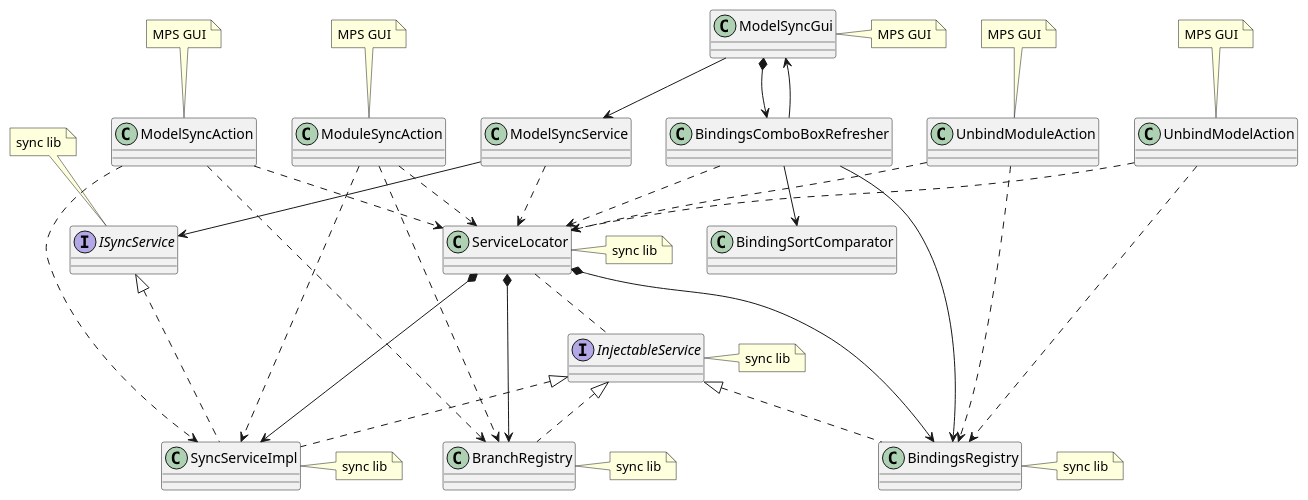
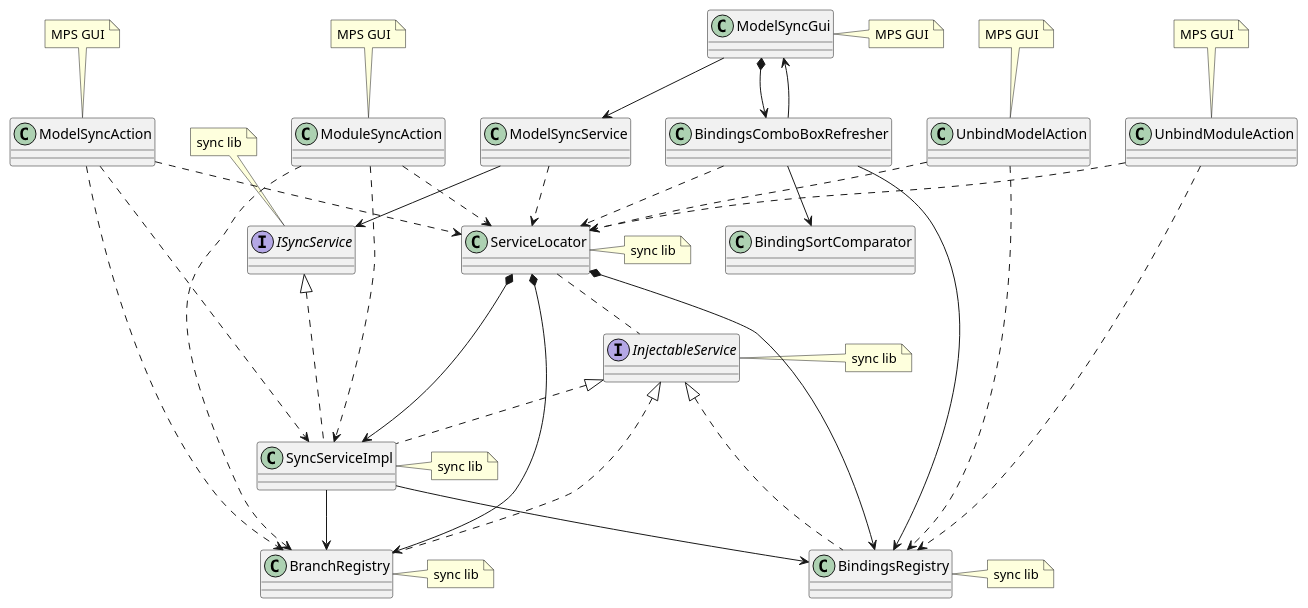
The diagram in docs/mps-sync-plugin/diagrams/Plugin-GUI-Sync-Lib-Integration/Plugin-GUI-Sync-Lib-Integration.md (modelix/modelix.mps-plugins), drawn with PlantUML before and after one commit. The commit also changed 5 other files, not shown here.

Commit message:
docs(mps-sync-plugin): Add 'Modelix to MPS Initial Synchronization' figure

```diff
--- a/docs/mps-sync-plugin/diagrams/Plugin-GUI-Sync-Lib-Integration/Plugin-GUI-Sync-Lib-Integration.md
+++ b/docs/mps-sync-plugin/diagrams/Plugin-GUI-Sync-Lib-Integration/Plugin-GUI-Sync-Lib-Integration.md
@@ -10,72 +10,75 @@
 @startuml
 'Entities'
 class "ModelSyncGui" as modelSyncGui
 class "ModelSyncService" as modelSyncService
 
 interface "ISyncService" as iSyncService
 class "SyncServiceImpl" as syncServiceImpl
 
 class "ServiceLocator" as serviceLocator
 class "BindingsRegistry" as bindingsRegistry
 class "BranchRegistry" as branchRegistry
 
 class "BindingsComboBoxRefresher" as bindingsComboBoxRefresher
 class "BindingSortComparator" as bindingsSortComparator
 
 class "ModelSyncAction" as modelSyncAction
 class "ModuleSyncAction" as moduleSyncAction
 class "UnbindModelAction" as unbindModelAction
 class "UnbindModuleAction" as unbindModuleAction
 
 interface "InjectableService" as injectableService
 
 'Relations'
 iSyncService <|.. syncServiceImpl
 injectableService <|.. syncServiceImpl
 injectableService <|.. bindingsRegistry
 injectableService <|.. branchRegistry
 
 serviceLocator *--> syncServiceImpl
 serviceLocator *--> bindingsRegistry
 serviceLocator *--> branchRegistry
 serviceLocator .. injectableService
+
+syncServiceImpl --> branchRegistry
+syncServiceImpl --> bindingsRegistry
 
 modelSyncGui --> modelSyncService
 modelSyncService ..> serviceLocator
 modelSyncService --> iSyncService
 
 modelSyncGui *--> bindingsComboBoxRefresher
 bindingsComboBoxRefresher --> modelSyncGui
 bindingsComboBoxRefresher ..> serviceLocator
 bindingsComboBoxRefresher --> bindingsRegistry
 bindingsComboBoxRefresher --> bindingsSortComparator
 
 modelSyncAction ..> serviceLocator
 modelSyncAction ..> branchRegistry
 modelSyncAction ..> syncServiceImpl
 
 moduleSyncAction ..> serviceLocator
 moduleSyncAction ..> branchRegistry
 moduleSyncAction ..> syncServiceImpl
 
 unbindModelAction ..> serviceLocator
 unbindModelAction ..> bindingsRegistry
 
 unbindModuleAction ..> serviceLocator
 unbindModuleAction ..> bindingsRegistry
 
 'Notes'
 note right of modelSyncGui: MPS GUI
 note top of modelSyncAction: MPS GUI
 note top of moduleSyncAction: MPS GUI
 note top of unbindModelAction: MPS GUI
 note top of unbindModuleAction: MPS GUI
 
 note right of syncServiceImpl: sync lib
 note right of serviceLocator: sync lib
 note right of branchRegistry: sync lib
 note right of bindingsRegistry: sync lib
 note top of iSyncService: sync lib
 note right of injectableService: sync lib
 
 @enduml
```
